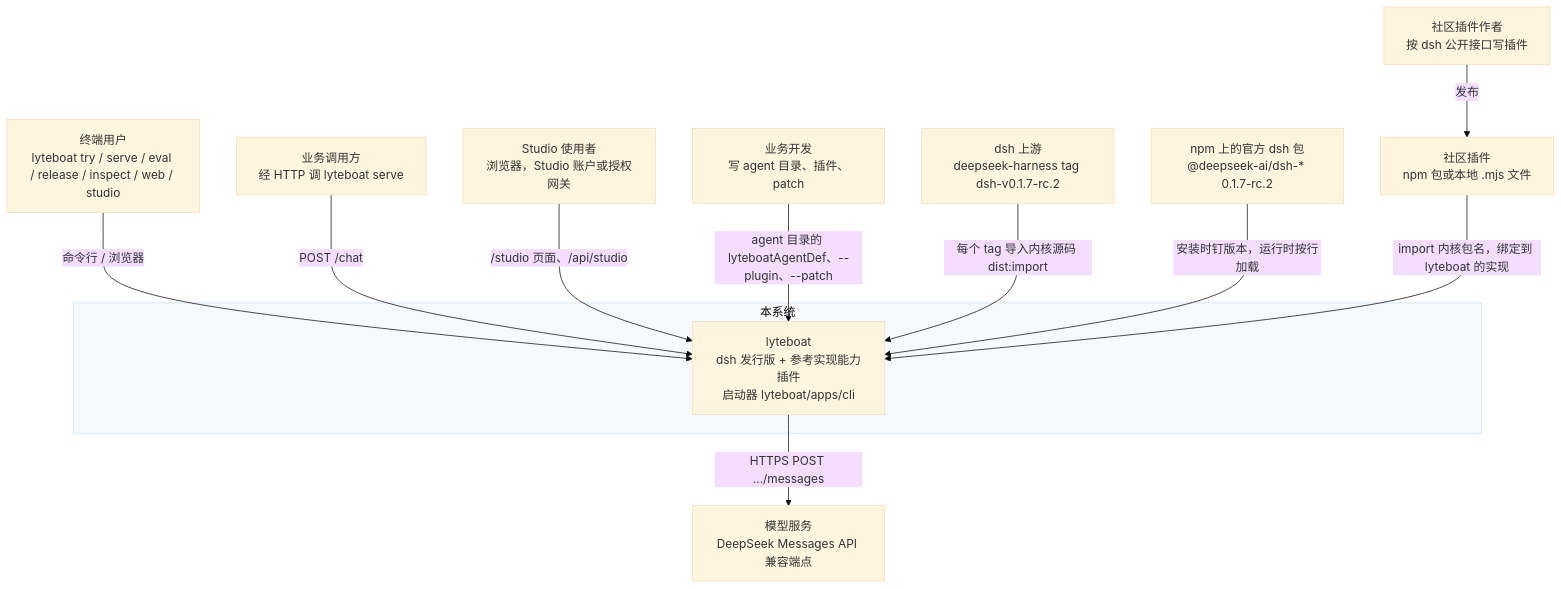
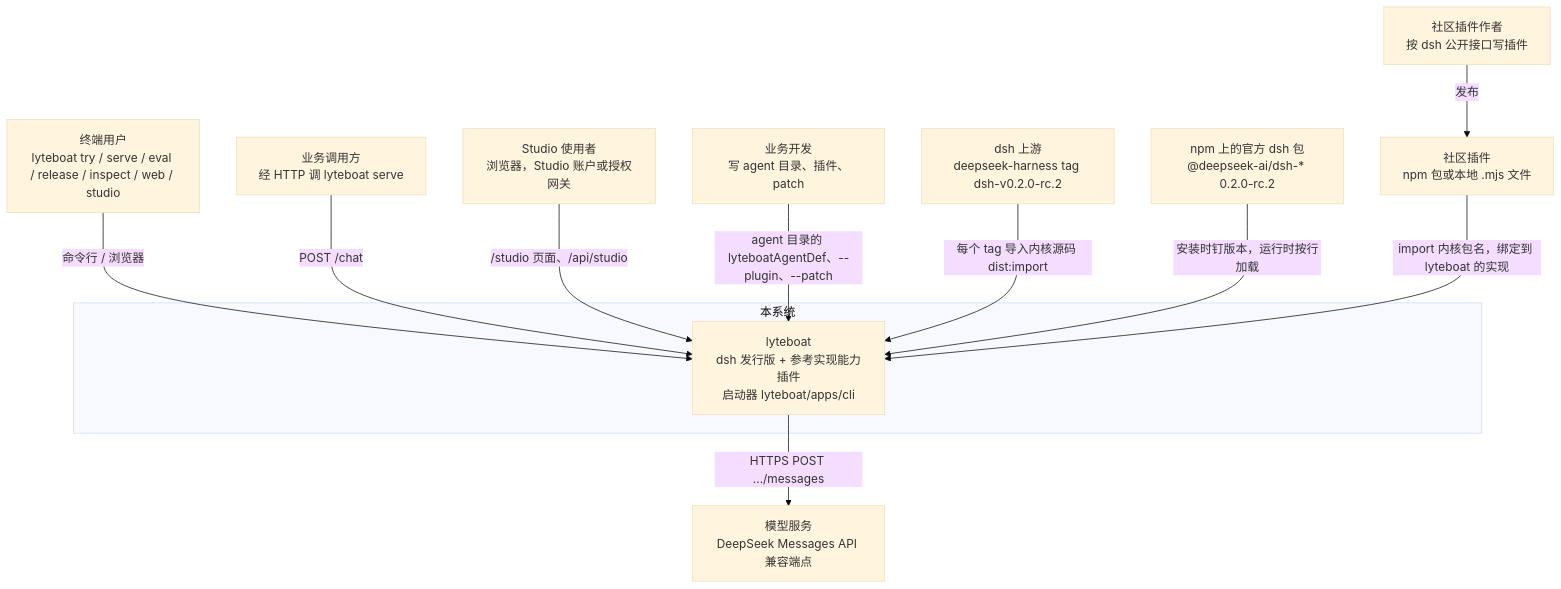
One commit to lyteboat/lyteboat changed the first of 11 diagrams in docs/01-architecture.md. Above: the diagram before and after it, drawn with Mermaid (base theme). The commit also changed other lines of this file and 9 other files, not shown here.

````diff
--- a/docs/01-architecture.md
+++ b/docs/01-architecture.md
@@ -68,24 +68,24 @@
 ```mermaid
 flowchart TB
   user["终端用户<br/>lyteboat try / serve / eval / release / inspect / web / studio"]
   caller["业务调用方<br/>经 HTTP 调 lyteboat serve"]
   sviewer["Studio 使用者<br/>浏览器，Studio 账户或授权网关"]
   dev["业务开发<br/>写 agent 目录、插件、patch"]
   author["社区插件作者<br/>按 dsh 公开接口写插件"]
   subgraph SYS["本系统"]
     lyteboat["lyteboat<br/>dsh 发行版 + 参考实现能力插件<br/>启动器 lyteboat/apps/cli"]
   end
-  upstream["dsh 上游<br/>deepseek-harness tag dsh-v0.1.7-rc.2"]
-  npm["npm 上的官方 dsh 包<br/>@deepseek-ai/dsh-* 0.1.7-rc.2"]
+  upstream["dsh 上游<br/>deepseek-harness tag dsh-v0.2.0-rc.2"]
+  npm["npm 上的官方 dsh 包<br/>@deepseek-ai/dsh-* 0.2.0-rc.2"]
   cplug["社区插件<br/>npm 包或本地 .mjs 文件"]
   model["模型服务<br/>DeepSeek Messages API 兼容端点"]
   user -->|"命令行 / 浏览器"| lyteboat
   caller -->|"POST /chat"| lyteboat
   sviewer -->|"/studio 页面、/api/studio"| lyteboat
   dev -->|"agent 目录的 lyteboatAgentDef、--plugin、--patch"| lyteboat
   upstream -->|"每个 tag 导入内核源码 dist:import"| lyteboat
   npm -->|"安装时钉版本，运行时按行加载"| lyteboat
   author -->|"发布"| cplug
   cplug -->|"import 内核包名，绑定到 lyteboat 的实现"| lyteboat
   lyteboat -->|"HTTPS POST .../messages"| model
 ```
````
